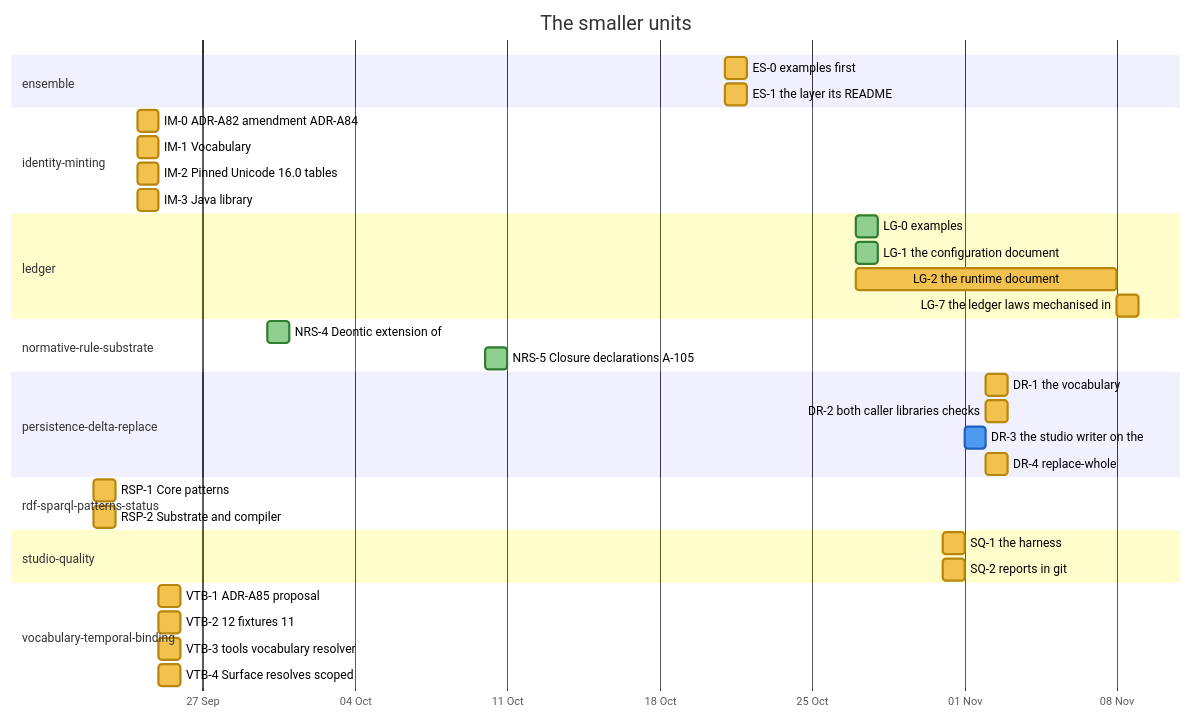
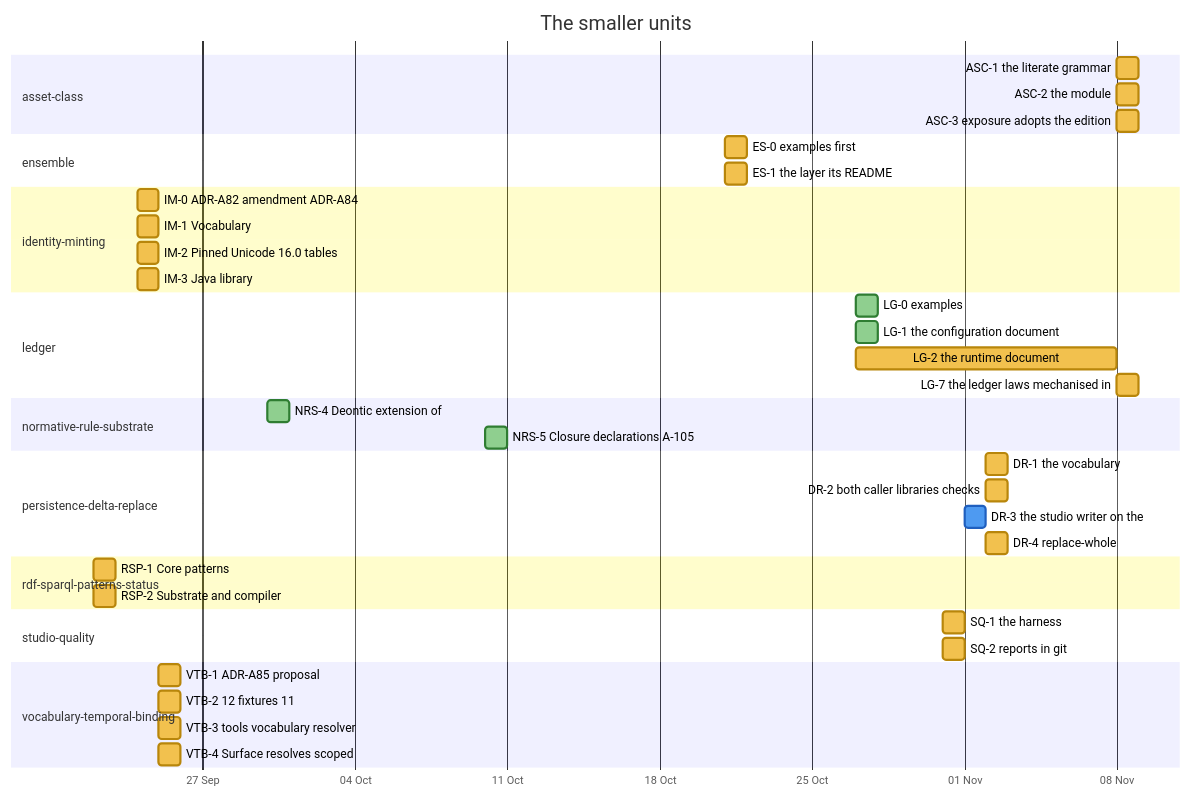
Before and after one commit to nebularis/lattice: diagram 21 of 30 in docs/developer/ROADMAP.md, drawn with Mermaid. The commit also changed other lines of this file and 39 other files, not shown here.

First line of the commit message:
[asset-class] ASC-1 to ASC-3 built: property columns in individuals tables, the reference asset class edition, and asset classes in exposure

````diff
--- a/docs/developer/ROADMAP.md
+++ b/docs/developer/ROADMAP.md
@@ -554,39 +555,43 @@
 ```mermaid
 %%{init: {"themeVariables": {"taskBkgColor": "#f2c14e", "taskBorderColor": "#b8860b", "taskTextColor": "#000000", "activeTaskBkgColor": "#4e9af1", "activeTaskBorderColor": "#1f5fbf", "activeTaskBorderColor": "#1f5fbf", "doneTaskBkgColor": "#8fcf8f", "doneTaskBorderColor": "#2f7d32", "critBkgColor": "#f28b82", "critBorderColor": "#b23a30", "taskTextDarkColor": "#000000", "taskTextLightColor": "#000000"}}}%%
 gantt
     title The smaller units
     dateFormat YYYY-MM-DD
     axisFormat %d %b
+    section asset-class
+    ASC-1 the literate grammar :asc1, 2026-11-08, 2026-11-09
+    ASC-2 the module :asc2, 2026-11-08, 2026-11-09
+    ASC-3 exposure adopts the edition :asc3, 2026-11-08, 2026-11-09
     section ensemble
     ES-0 examples first :es0, 2026-10-21, 2026-10-22
     ES-1 the layer its README :es1, 2026-10-21, 2026-10-22
     section identity-minting
     IM-0 ADR-A82 amendment ADR-A84 :im0, 2026-09-24, 2026-09-25
     IM-1 Vocabulary :im1, 2026-09-24, 2026-09-25
     IM-2 Pinned Unicode 16.0 tables :im2, 2026-09-24, 2026-09-25
     IM-3 Java library :im3, 2026-09-24, 2026-09-25
     section ledger
     LG-0 examples :done, lg0, 2026-10-27, 2026-10-28
     LG-1 the configuration document :done, lg1, 2026-10-27, 2026-10-28
     LG-2 the runtime document :lg2, 2026-10-27, 2026-11-08
     LG-7 the ledger laws mechanised in :lg7, 2026-11-08, 2026-11-09
     section normative-rule-substrate
     NRS-4 Deontic extension of :done, nrs4, 2026-09-30, 2026-10-01
     NRS-5 Closure declarations A-105 :done, nrs5, 2026-10-10, 2026-10-11
     section persistence-delta-replace
     DR-1 the vocabulary :dr1, 2026-11-02, 2026-11-03
     DR-2 both caller libraries checks :dr2, 2026-11-02, 2026-11-03
     DR-3 the studio writer on the :active, dr3, 2026-11-01, 2026-11-02
     DR-4 replace-whole :dr4, 2026-11-02, 2026-11-03
     section rdf-sparql-patterns-status
     RSP-1 Core patterns :rsp1, 2026-09-22, 2026-09-23
     RSP-2 Substrate and compiler :rsp2, 2026-09-22, 2026-09-23
     section studio-quality
     SQ-1 the harness :sq1, 2026-10-31, 2026-11-01
     SQ-2 reports in git :sq2, 2026-10-31, 2026-11-01
     section vocabulary-temporal-binding
     VTB-1 ADR-A85 proposal :vtb1, 2026-09-25, 2026-09-26
     VTB-2 12 fixtures 11 :vtb2, 2026-09-25, 2026-09-26
     VTB-3 tools vocabulary resolver :vtb3, 2026-09-25, 2026-09-26
     VTB-4 Surface resolves scoped :vtb4, 2026-09-25, 2026-09-26
 ```
````
